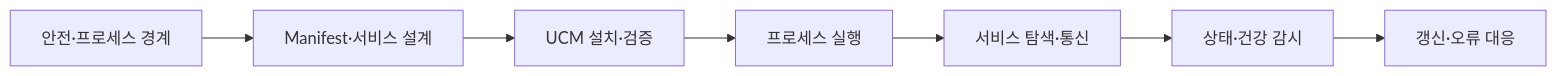
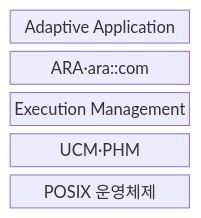
Before and after one commit to agnusdei1207/knowledge-base: the first of 2 diagrams in src/content/docs/notes/08-latest-tech/206_autosar_adaptive.md, drawn with Mermaid. The commit also changed other lines of this file and 23 other files, not shown here.

````diff
--- a/src/content/docs/notes/08-latest-tech/206_autosar_adaptive.md
+++ b/src/content/docs/notes/08-latest-tech/206_autosar_adaptive.md
@@ -91,9 +54,9 @@
 ```mermaid
-flowchart LR
-  A["안전·프로세스 경계"] --> B["Manifest·서비스 설계"]
-  B --> C["UCM 설치·검증"]
-  C --> D["프로세스 실행"]
-  D --> E["서비스 탐색·통신"]
-  E --> F["상태·건강 감시"]
-  F --> G["갱신·오류 대응"]
+block-beta
+  columns 1
+  A["Adaptive Application"]
+  B["ARA·ara::com"]
+  C["Execution Management"]
+  D["UCM·PHM"]
+  E["POSIX 운영체제"]
 ```
````
